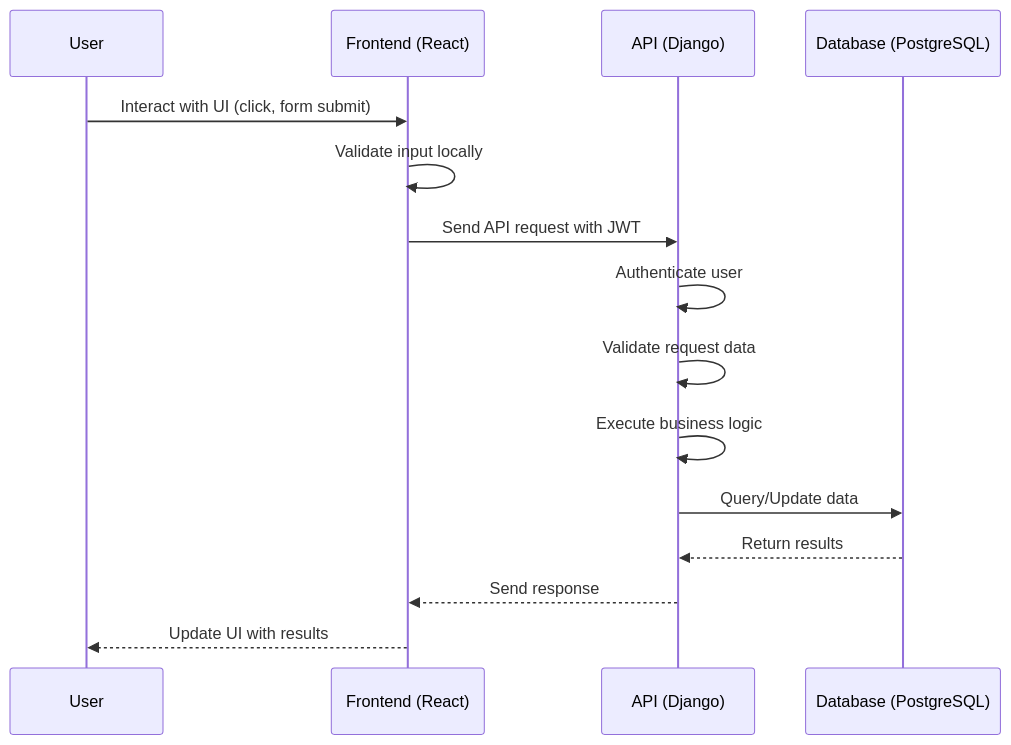
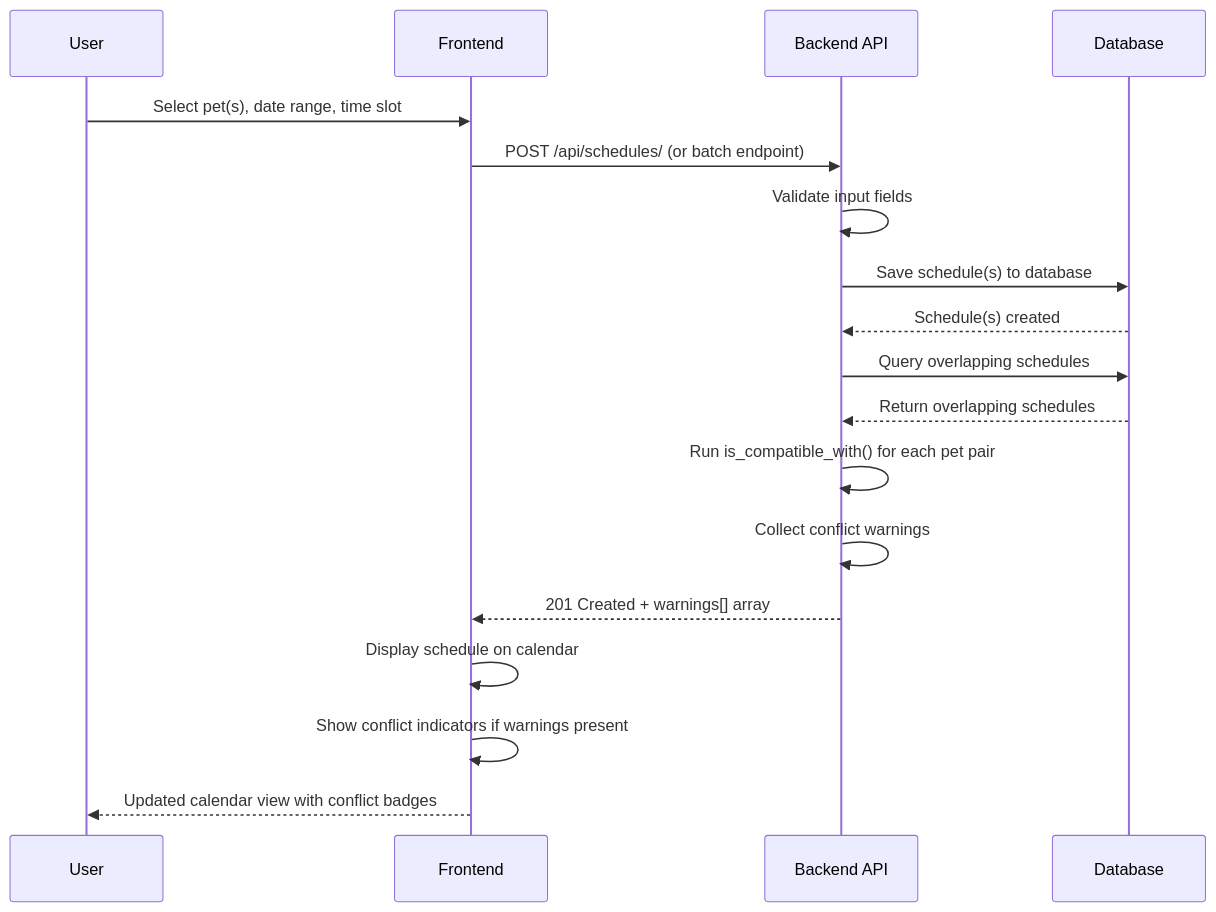
The fifth of 10 diagrams in docs/docs/architecture.md (maxi3390/happydogs-calendar), drawn with Mermaid before and after one commit. The commit also changed other lines of this file and 42 other files, not shown here.

````diff
--- a/docs/docs/architecture.md
+++ b/docs/docs/architecture.md
@@ -125,18 +215,21 @@
 ```mermaid
 sequenceDiagram
     participant U as User
-    participant F as Frontend (React)
-    participant A as API (Django)
-    participant D as Database (PostgreSQL)
+    participant F as Frontend
+    participant A as Backend API
+    participant D as Database
 
-    U->>F: Interact with UI (click, form submit)
-    F->>F: Validate input locally
-    F->>A: Send API request with JWT
-    A->>A: Authenticate user
-    A->>A: Validate request data
-    A->>A: Execute business logic
-    A->>D: Query/Update data
-    D-->>A: Return results
-    A-->>F: Send response
-    F-->>U: Update UI with results
+    U->>F: Select pet(s), date range, time slot
+    F->>A: POST /api/schedules/ (or batch endpoint)
+    A->>A: Validate input fields
+    A->>D: Save schedule(s) to database
+    D-->>A: Schedule(s) created
+    A->>D: Query overlapping schedules
+    D-->>A: Return overlapping schedules
+    A->>A: Run is_compatible_with() for each pet pair
+    A->>A: Collect conflict warnings
+    A-->>F: 201 Created + warnings[] array
+    F->>F: Display schedule on calendar
+    F->>F: Show conflict indicators if warnings present
+    F-->>U: Updated calendar view with conflict badges
 ```
````
